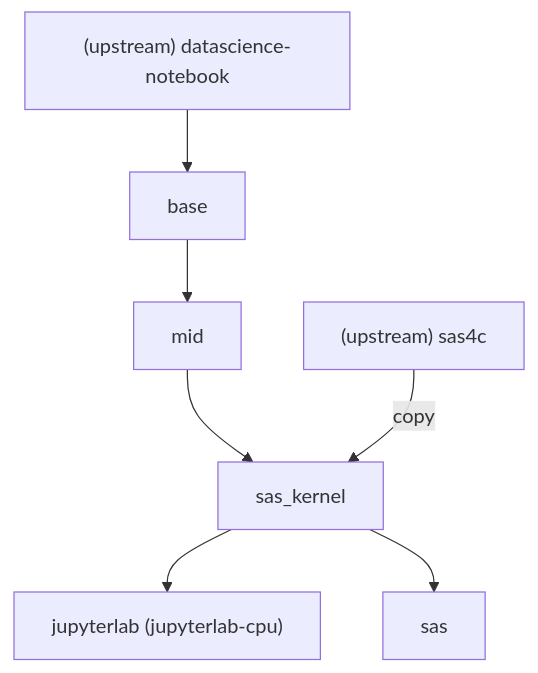
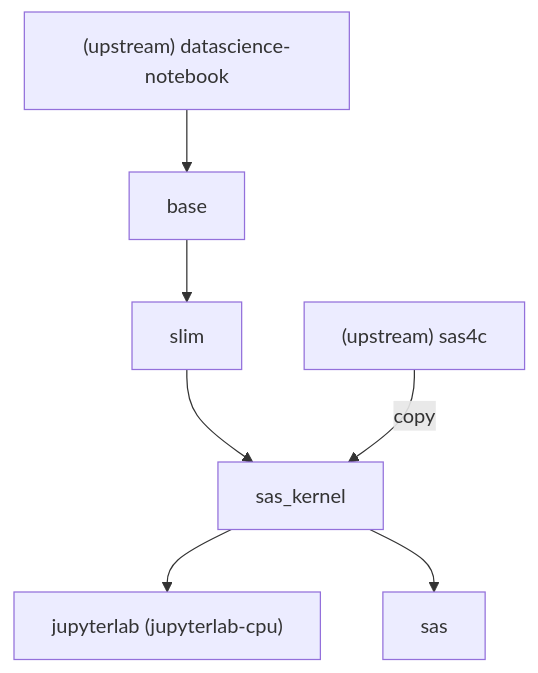
The diagram in README.md (StatCan/zone-kubeflow-containers), drawn with Mermaid before and after one commit. The commit also changed other lines of this file and 19 other files, not shown here.

Commit message:
chore(rename): mid to slim

````diff
--- a/README.md
+++ b/README.md
@@ -46,10 +46,10 @@
 ```mermaid
 graph TD
   upstream_nb["(upstream) datascience-notebook"]
   upstream_nb --> base
-  base --> mid
-  mid --> sas_kernel
+  base --> slim
+  slim --> sas_kernel
   upstream_sas["(upstream) sas4c"] --> |copy|sas_kernel
   sas_kernel --> jupyterlab["jupyterlab (jupyterlab-cpu)"]
   sas_kernel --> sas
 ```
````
